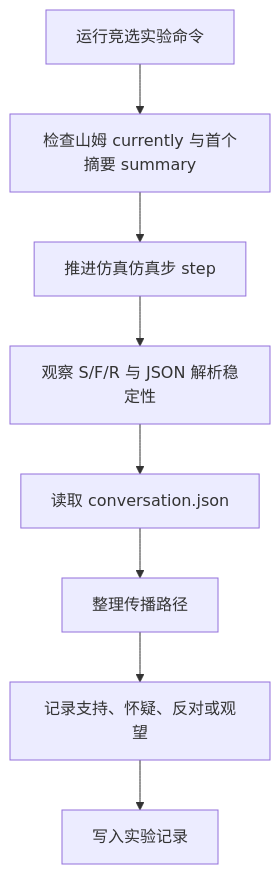
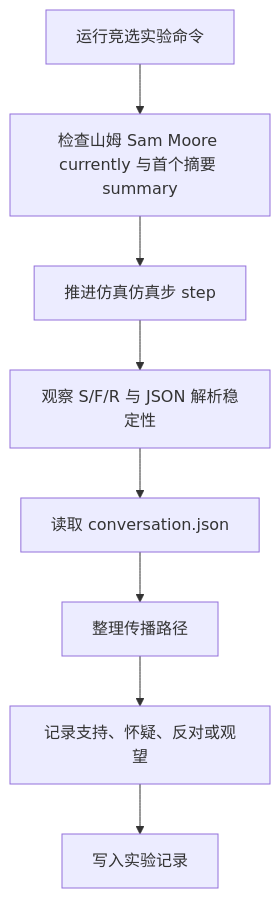
One commit to tbkken/GenerativeAgentsCN changed the fourth of 7 diagrams in docs/book/manuscript/part_04/chapter_25.md. Above: the diagram before and after it, drawn with Mermaid. The commit also changed other lines of this file and 51 other files, not shown here.

````diff
--- a/docs/book/manuscript/part_04/chapter_25.md
+++ b/docs/book/manuscript/part_04/chapter_25.md
@@ -179,10 +179,10 @@
 ```mermaid
 flowchart TD
-    Command["运行竞选实验命令"] --> Sam["检查山姆 currently 与首个摘要 summary"]
+    Command["运行竞选实验命令"] --> Sam["检查山姆 Sam Moore currently 与首个摘要 summary"]
     Sam --> Sim["推进仿真仿真步 step"]
     Sim --> Log["观察 S/F/R 与 JSON 解析稳定性"]
     Log --> Conversation["读取 conversation.json"]
     Conversation --> Diffusion["整理传播路径"]
     Diffusion --> Attitude["记录支持、怀疑、反对或观望"]
     Attitude --> Report["写入实验记录"]
 ```
````
